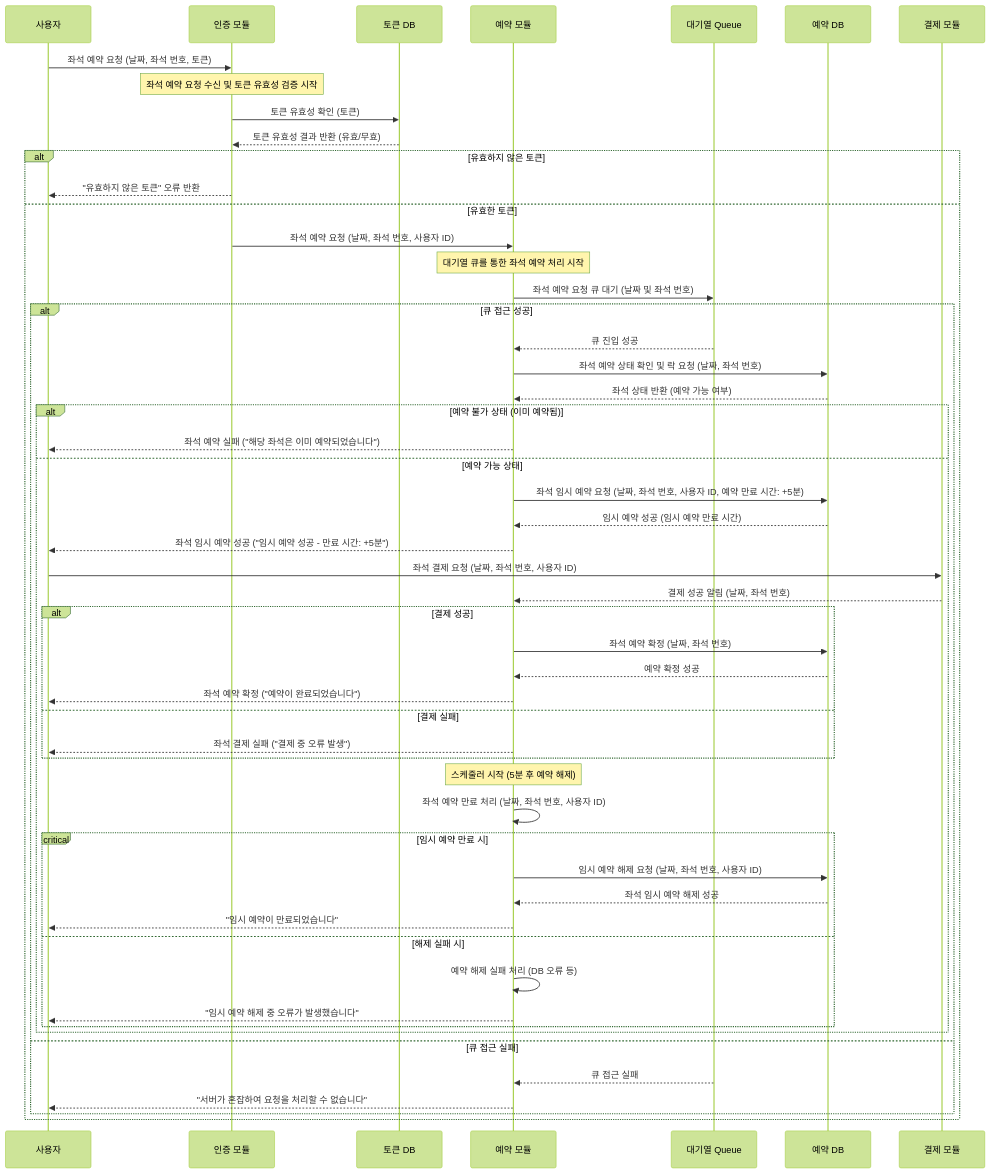
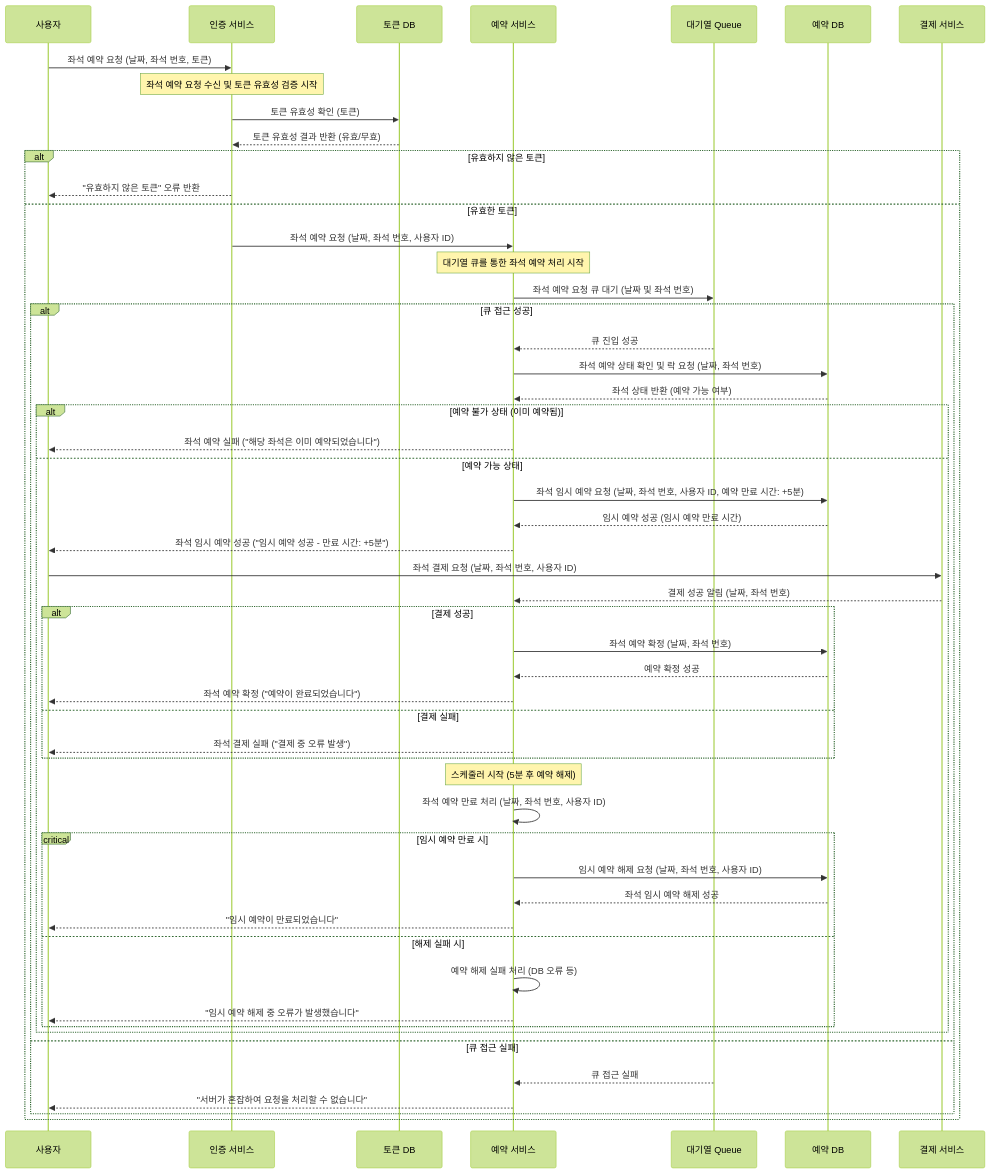
One commit to SooLee99/hhplus-concert-reservation-service changed the fourth of 14 diagrams in README.md. Above: the diagram before and after it, drawn with Mermaid (forest theme). The commit also changed other lines of this file, not shown here.

````diff
--- a/README.md
+++ b/README.md
@@ -148,81 +148,81 @@
 ```mermaid
   sequenceDiagram
   participant User as 사용자
-  participant AuthServer as 인증 모듈
+  participant AuthServer as 인증 서비스
   participant TokenDB as 토큰 DB
-  participant ReservationServer as 예약 모듈
+  participant ReservationServer as 예약 서비스
   participant QueueSystem as 대기열 Queue
   participant ReservationDB as 예약 DB
-  participant PaymentServer as 결제 모듈
+  participant PaymentServer as 결제 서비스
   
   %% 1️⃣ 사용자 좌석 예약 요청 시나리오
   User->>AuthServer: 좌석 예약 요청 (날짜, 좌석 번호, 토큰)
   Note over AuthServer: 좌석 예약 요청 수신 및 토큰 유효성 검증 시작
   
   %% 2️⃣ 토큰 유효성 검증
   AuthServer->>TokenDB: 토큰 유효성 확인 (토큰)
   TokenDB-->>AuthServer: 토큰 유효성 결과 반환 (유효/무효)
   
   alt 유효하지 않은 토큰
   %% 3️⃣ 유효하지 않은 토큰일 경우 오류 반환
   AuthServer-->>User: "유효하지 않은 토큰" 오류 반환
   else 유효한 토큰
   %% 4️⃣ 예약 서버로 유효한 요청 전달
   AuthServer->>ReservationServer: 좌석 예약 요청 (날짜, 좌석 번호, 사용자 ID)
   Note over ReservationServer: 대기열 큐를 통한 좌석 예약 처리 시작
   
       %% 5️⃣ 대기열 큐에 접근하여 자원 경합 방지
       ReservationServer->>QueueSystem: 좌석 예약 요청 큐 대기 (날짜 및 좌석 번호)
       
       alt 큐 접근 성공
           QueueSystem-->>ReservationServer: 큐 진입 성공
           
           %% 6️⃣ 좌석 예약 상태 확인 및 Pessimistic Lock 획득
           ReservationServer->>ReservationDB: 좌석 예약 상태 확인 및 락 요청 (날짜, 좌석 번호)
           ReservationDB-->>ReservationServer: 좌석 상태 반환 (예약 가능 여부)
   
           alt 예약 불가 상태 (이미 예약됨)
               %% 7️⃣ 좌석이 이미 임시 예약된 경우
               ReservationServer-->>User: 좌석 예약 실패 ("해당 좌석은 이미 예약되었습니다")
           else 예약 가능 상태
               %% 8️⃣ 좌석 임시 예약 처리
               ReservationServer->>ReservationDB: 좌석 임시 예약 요청 (날짜, 좌석 번호, 사용자 ID, 예약 만료 시간: +5분)
               ReservationDB-->>ReservationServer: 임시 예약 성공 (임시 예약 만료 시간)
   
               %% 9️⃣ 사용자에게 임시 예약 성공 응답
               ReservationServer-->>User: 좌석 임시 예약 성공 ("임시 예약 성공 - 만료 시간: +5분")
   
               %% 🔟 결제 요청 발생 시 처리
               User->>PaymentServer: 좌석 결제 요청 (날짜, 좌석 번호, 사용자 ID)
               PaymentServer-->>ReservationServer: 결제 성공 알림 (날짜, 좌석 번호)
               
               alt 결제 성공
                   ReservationServer->>ReservationDB: 좌석 예약 확정 (날짜, 좌석 번호)
                   ReservationDB-->>ReservationServer: 예약 확정 성공
                   ReservationServer-->>User: 좌석 예약 확정 ("예약이 완료되었습니다")
               else 결제 실패
                   ReservationServer-->>User: 좌석 결제 실패 ("결제 중 오류 발생")
               end
   
               %% 🔟 스케줄러로 임시 예약 만료 처리
               Note over ReservationServer: 스케줄러 시작 (5분 후 예약 해제)
   
               %% 11️⃣ 자기 자신에게 예약 해제 메시지 전달
               ReservationServer->>ReservationServer: 좌석 예약 만료 처리 (날짜, 좌석 번호, 사용자 ID)
   
               critical 임시 예약 만료 시
                   ReservationServer->>ReservationDB: 임시 예약 해제 요청 (날짜, 좌석 번호, 사용자 ID)
                   ReservationDB-->>ReservationServer: 좌석 임시 예약 해제 성공
                   ReservationServer-->>User: "임시 예약이 만료되었습니다"
               option 해제 실패 시
                   ReservationServer->>ReservationServer: 예약 해제 실패 처리 (DB 오류 등)
                   ReservationServer-->>User: "임시 예약 해제 중 오류가 발생했습니다"
               end
           end
       else 큐 접근 실패
           %% 12️⃣ 큐 접근 실패 시 오류 반환
           QueueSystem-->>ReservationServer: 큐 접근 실패
           ReservationServer-->>User: "서버가 혼잡하여 요청을 처리할 수 없습니다"
       end
   end
 ```
````
